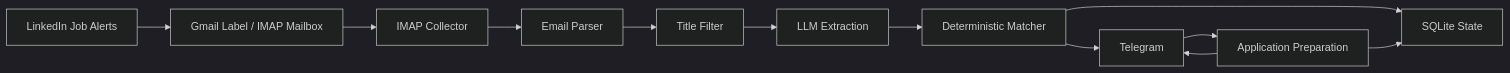
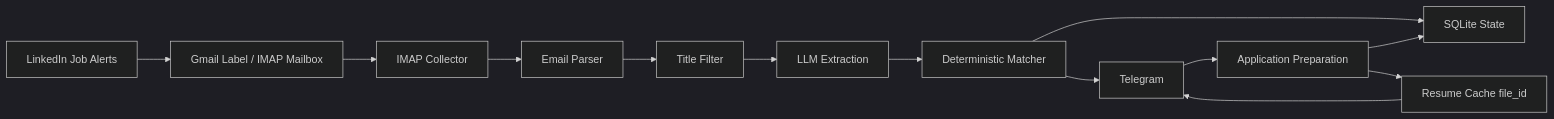
The diagram in docs/ARCHITECTURE.md (XeniaSh/job_applier), drawn with Mermaid (dark theme) before and after one commit. The commit also changed other lines of this file and 16 other files, not shown here.

````diff
--- a/docs/ARCHITECTURE.md
+++ b/docs/ARCHITECTURE.md
@@ -7,14 +7,15 @@
 ```mermaid
 flowchart LR
     A[LinkedIn Job Alerts] --> B[Gmail Label / IMAP Mailbox]
     B --> C[IMAP Collector]
     C --> D[Email Parser]
     D --> E[Title Filter]
     E --> F[LLM Extraction]
     F --> G[Deterministic Matcher]
     G --> H[SQLite State]
     G --> I[Telegram]
     I --> J[Application Preparation]
-    J --> I
+    J --> K[Resume Cache file_id]
+    K --> I
     J --> H
 ```
````
